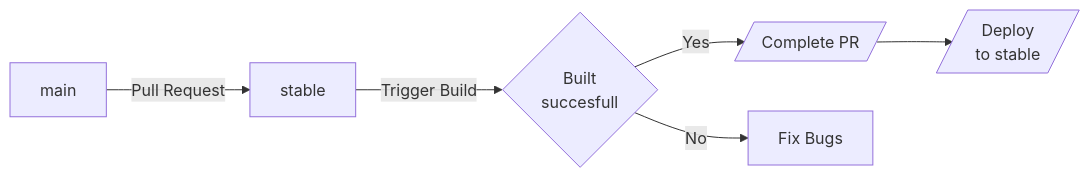
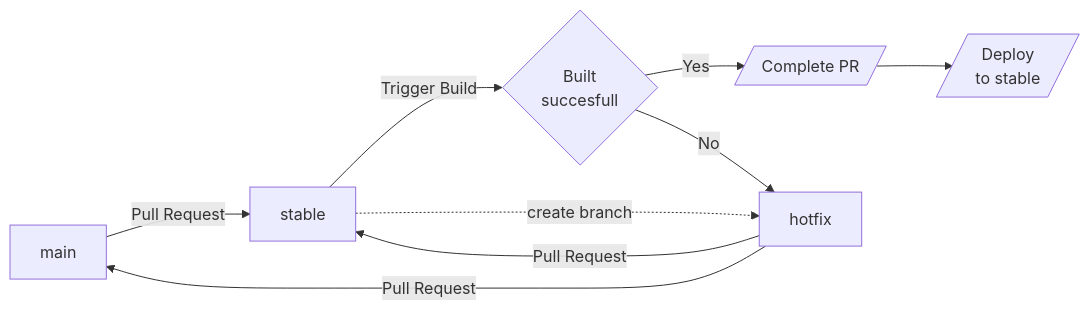
Before and after one commit to Mauwii/django_devops: the third of 4 diagrams in docs/workflow/1-repository.md, drawn with Mermaid. The commit also changed other lines of this file, not shown here.

````diff
--- a/docs/workflow/1-repository.md
+++ b/docs/workflow/1-repository.md
@@ -59,8 +59,10 @@
 ``` mermaid
 graph LR
-  main -- Pull Request --> stable;
-  stable -- Trigger Build --> CheckPrstable{Built<br>succesfull};
-  CheckPrstable -- Yes --> CompleteMergestable[/Complete PR/];
-  CompleteMergestable --> Deploystable[/Deploy<br>to stable/];
-  CheckPrstable -- No --> TryFixBugsstable[Fix Bugs];
+  main -- Pull Request --> stable
+  stable -- Trigger Build --> CheckPrstable{Built<br>succesfull}
+  stable -. create branch .-> hotfix
+  CheckPrstable -- Yes --> CompleteMergestable[/Complete PR/]
+  CompleteMergestable --> Deploystable[/Deploy<br>to stable/]
+  CheckPrstable -- No --> hotfix
+  hotfix -- Pull Request--> main & stable
 ```
````
